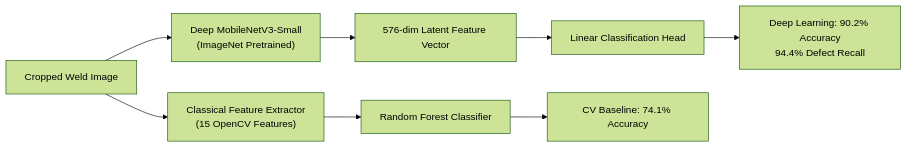
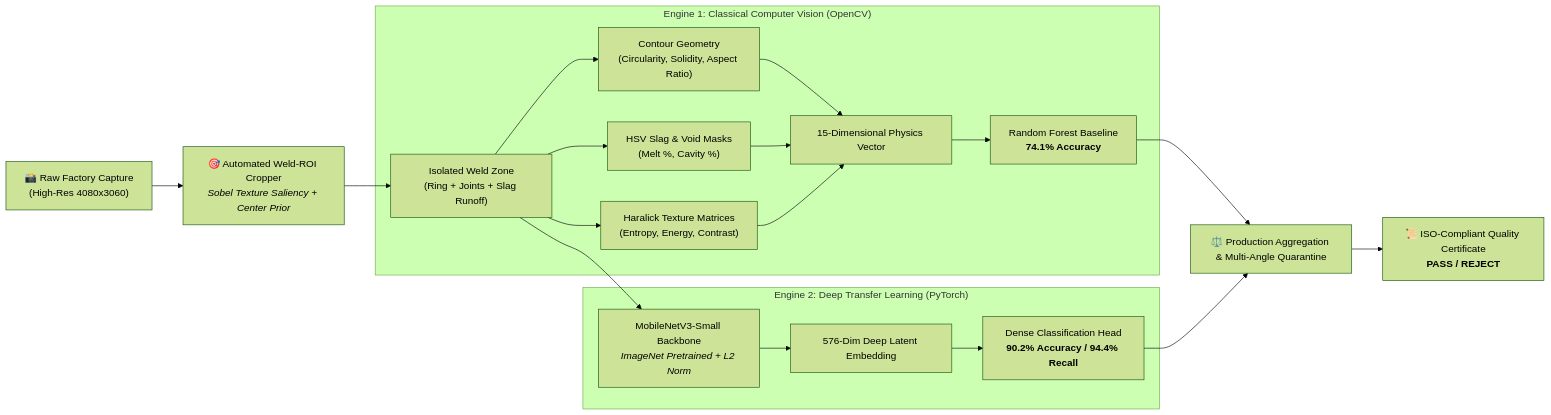
Before and after one commit to Shakthikumar01/rotor-weld-inspection: the second of 2 diagrams in README.md, drawn with Mermaid (forest theme). The commit also changed other lines of this file, not shown here.

Commit message:
docs: modernize README with hero banner, key metrics, mathematical formulations, and interactive architecture

````diff
--- a/README.md
+++ b/README.md
@@ -114,10 +92,22 @@
 ```mermaid
 flowchart LR
-    Input["Cropped Weld Image"] --> FE["Classical Feature Extractor<br>(15 OpenCV Features)"]
-    Input --> CNN["Deep MobileNetV3-Small<br>(ImageNet Pretrained)"]
-    FE --> RF["Random Forest Classifier"]
-    CNN --> Latent["576-dim Latent Feature Vector"]
-    Latent --> Head["Linear Classification Head"]
-    RF --> Out1["CV Baseline: 74.1% Accuracy"]
-    Head --> Out2["Deep Learning: 90.2% Accuracy<br>94.4% Defect Recall"]
+    Raw["📸 Raw Factory Capture<br>(High-Res 4080x3060)"] --> CropEngine["🎯 Automated Weld-ROI Cropper<br><i>Sobel Texture Saliency + Center Prior</i>"]
+    CropEngine --> IsolatedROI["Isolated Weld Zone<br>(Ring + Joints + Slag Runoff)"]
+
+    subgraph ClassicalEngine ["Engine 1: Classical Computer Vision (OpenCV)"]
+        IsolatedROI --> Contours["Contour Geometry<br>(Circularity, Solidity, Aspect Ratio)"]
+        IsolatedROI --> SegMasks["HSV Slag & Void Masks<br>(Melt %, Cavity %)"]
+        IsolatedROI --> GLCM["Haralick Texture Matrices<br>(Entropy, Energy, Contrast)"]
+        Contours & SegMasks & GLCM --> CVFeatures["15-Dimensional Physics Vector"]
+        CVFeatures --> RFClassifier["Random Forest Baseline<br><b>74.1% Accuracy</b>"]
+    end
+
+    subgraph DeepEngine ["Engine 2: Deep Transfer Learning (PyTorch)"]
+        IsolatedROI --> MobileNet["MobileNetV3-Small Backbone<br><i>ImageNet Pretrained + L2 Norm</i>"]
+        MobileNet --> LatentSpace["576-Dim Deep Latent Embedding"]
+        LatentSpace --> DeepHead["Dense Classification Head<br><b>90.2% Accuracy / 94.4% Recall</b>"]
+    end
+
+    RFClassifier & DeepHead --> QCLogic["⚖️ Production Aggregation & Multi-Angle Quarantine"]
+    QCLogic --> Certificate["📜 ISO-Compliant Quality Certificate<br><b>PASS / REJECT</b>"]
 ```
````
